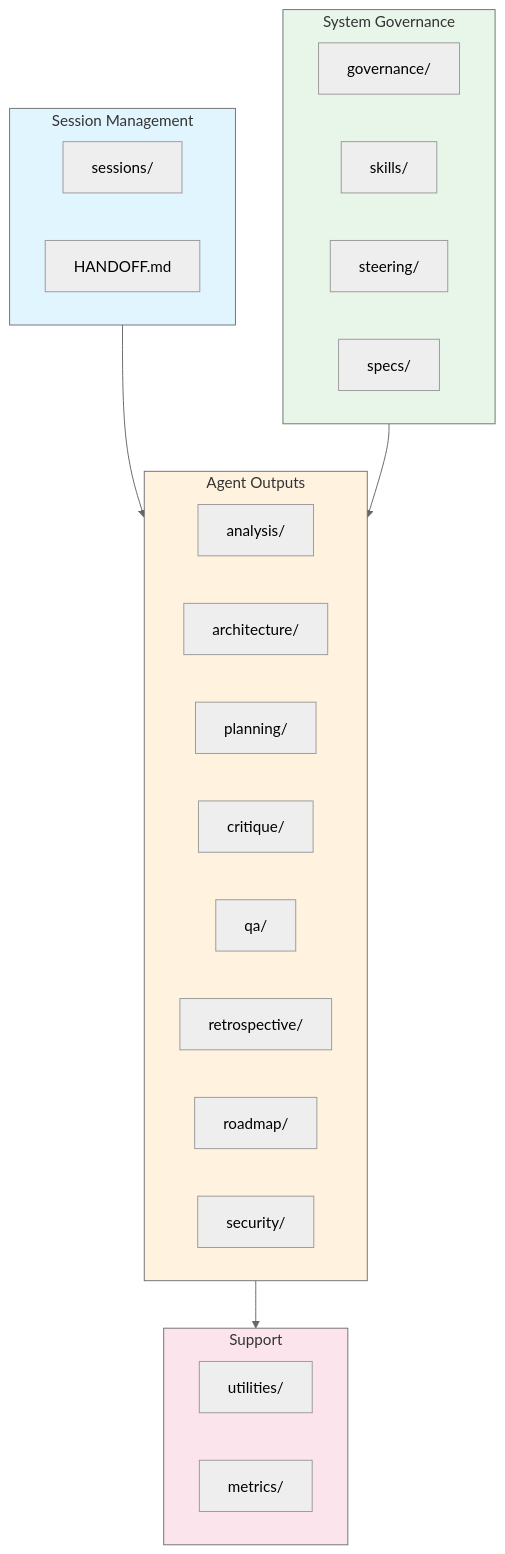
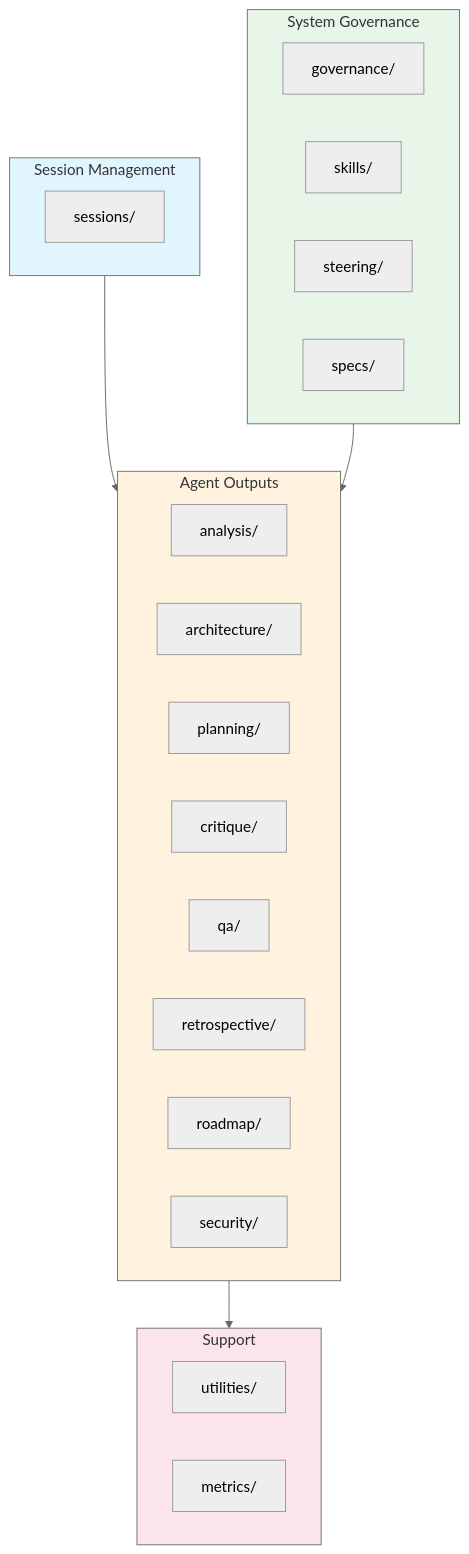
Before and after one commit to rjmurillo/ai-agents: the first of 3 diagrams in .agents/AGENTS.md, drawn with Mermaid (neutral theme). The commit also changed other lines of this file and 1 other file, not shown here.

First line of the commit message:
docs(agents): drop the retired HANDOFF.md dashboard from the scaffold docs

````diff
--- a/.agents/AGENTS.md
+++ b/.agents/AGENTS.md
@@ -11,39 +11,38 @@
 ```mermaid
 flowchart TD
     subgraph Sessions["Session Management"]
         SL[sessions/]
-        HP[HANDOFF.md]
     end
 
     subgraph Artifacts["Agent Outputs"]
         AN[analysis/]
         AR[architecture/]
         PL[planning/]
         CR[critique/]
         QA[qa/]
         RT[retrospective/]
         RM[roadmap/]
         SC[security/]
     end
 
     subgraph Governance["System Governance"]
         GV[governance/]
         SK[skills/]
         ST[steering/]
         SS[specs/]
     end
 
     subgraph Utilities["Support"]
         UT[utilities/]
         MT[metrics/]
     end
 
     Sessions --> Artifacts
     Governance --> Artifacts
     Artifacts --> Utilities
 
     style Sessions fill:#e1f5fe
     style Artifacts fill:#fff3e0
     style Governance fill:#e8f5e9
     style Utilities fill:#fce4ec
 ```
````
